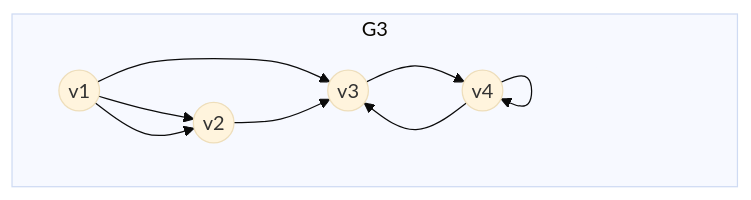
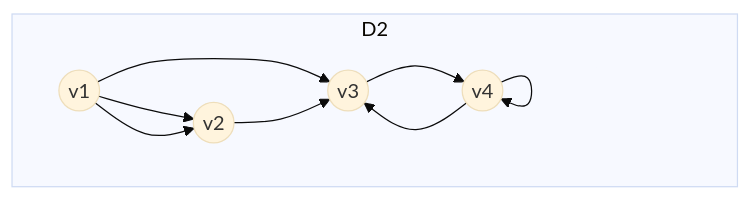
One commit to henlowornd/henlowornd.github.io changed the third of 4 diagrams in data/posts/dm-note-1.md. Above: the diagram before and after it, drawn with Mermaid (base theme). The commit also changed other lines of this file, not shown here.

````diff
--- a/data/posts/dm-note-1.md
+++ b/data/posts/dm-note-1.md
@@ -106,15 +111,15 @@
 ```mermaid
 graph
-    subgraph G3
+    subgraph D2
       direction LR
       v1((v1))
       v2((v2))
       v3((v3))
       v4((v4))
 
       v1 --> v2 & v2 & v3
       v2 --> v3
       v3 --> v4
       v4 --> v4 & v3
     end
 ```
````
